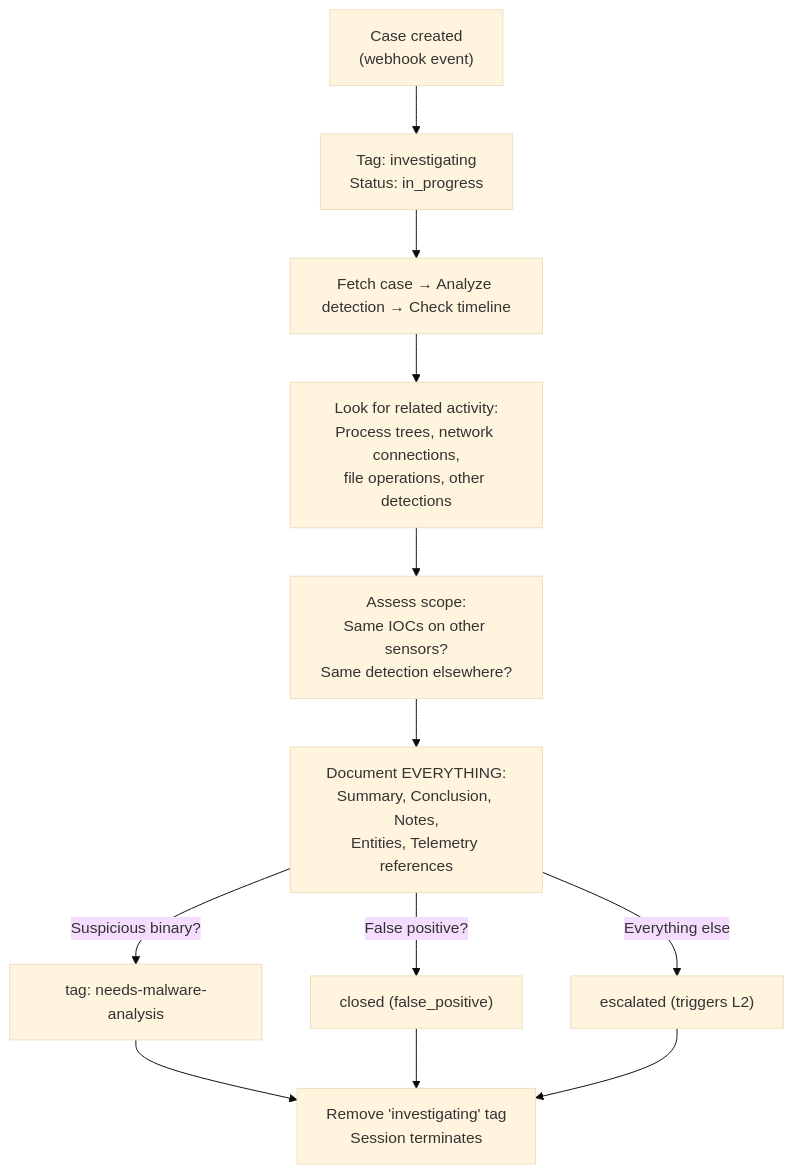
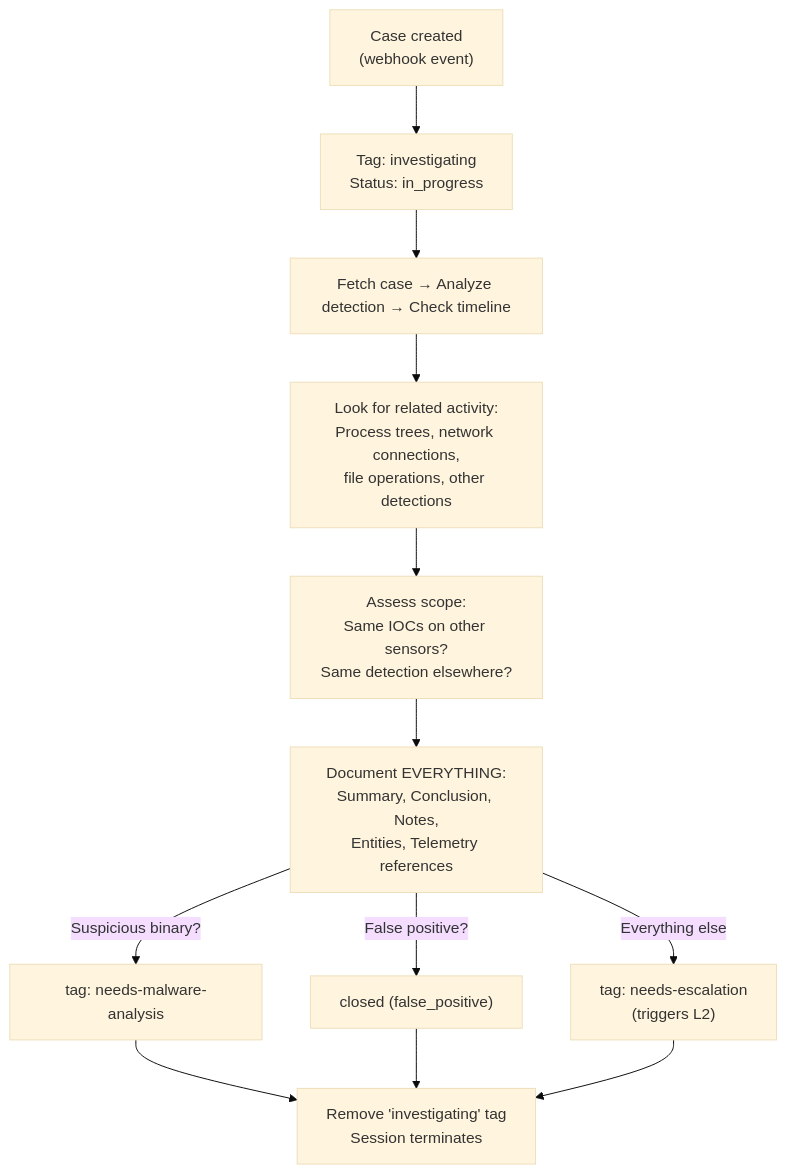
The diagram in lc-soc/tiered-soc/l1-investigator/README.md (refractionPOINT/lc-ai), drawn with Mermaid (base theme) before and after one commit. The commit also changed other lines of this file and 46 other files, not shown here.

````diff
--- a/lc-soc/tiered-soc/l1-investigator/README.md
+++ b/lc-soc/tiered-soc/l1-investigator/README.md
@@ -7,14 +7,14 @@
 ```mermaid
 flowchart TD
     trigger["Case created<br/>(webhook event)"] --> tag["Tag: investigating<br/>Status: in_progress"]
     tag --> fetch["Fetch case → Analyze detection → Check timeline"]
     fetch --> related["Look for related activity:<br/>Process trees, network connections,<br/>file operations, other detections"]
     related --> scope["Assess scope:<br/>Same IOCs on other sensors?<br/>Same detection elsewhere?"]
     scope --> doc["Document EVERYTHING:<br/>Summary, Conclusion, Notes,<br/>Entities, Telemetry references"]
     doc -->|Suspicious binary?| malware["tag: needs-malware-analysis"]
     doc -->|False positive?| closed["closed (false_positive)"]
-    doc -->|Everything else| escalated["escalated (triggers L2)"]
+    doc -->|Everything else| escalated["tag: needs-escalation<br/>(triggers L2)"]
     malware --> cleanup["Remove 'investigating' tag<br/>Session terminates"]
     closed --> cleanup
     escalated --> cleanup
 ```
````
